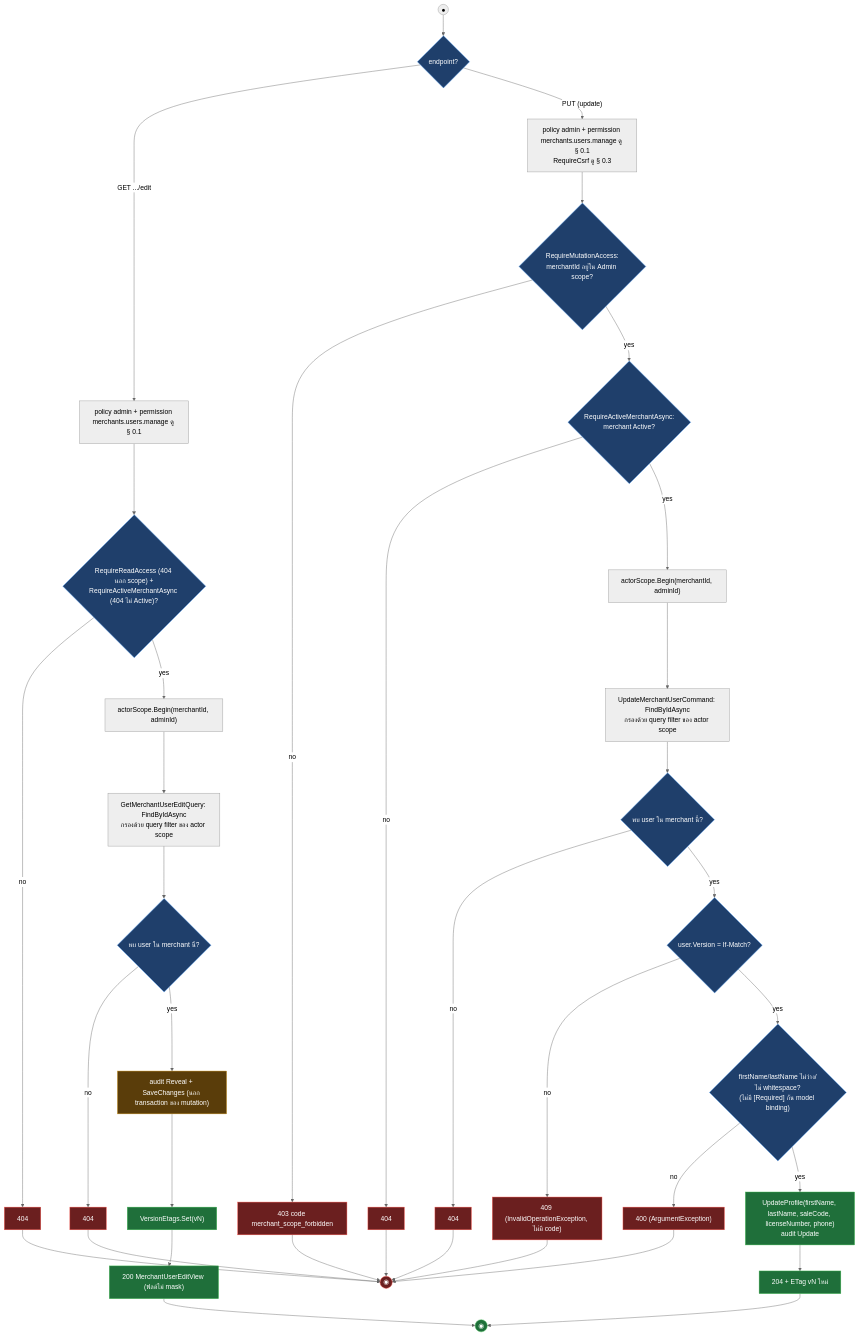
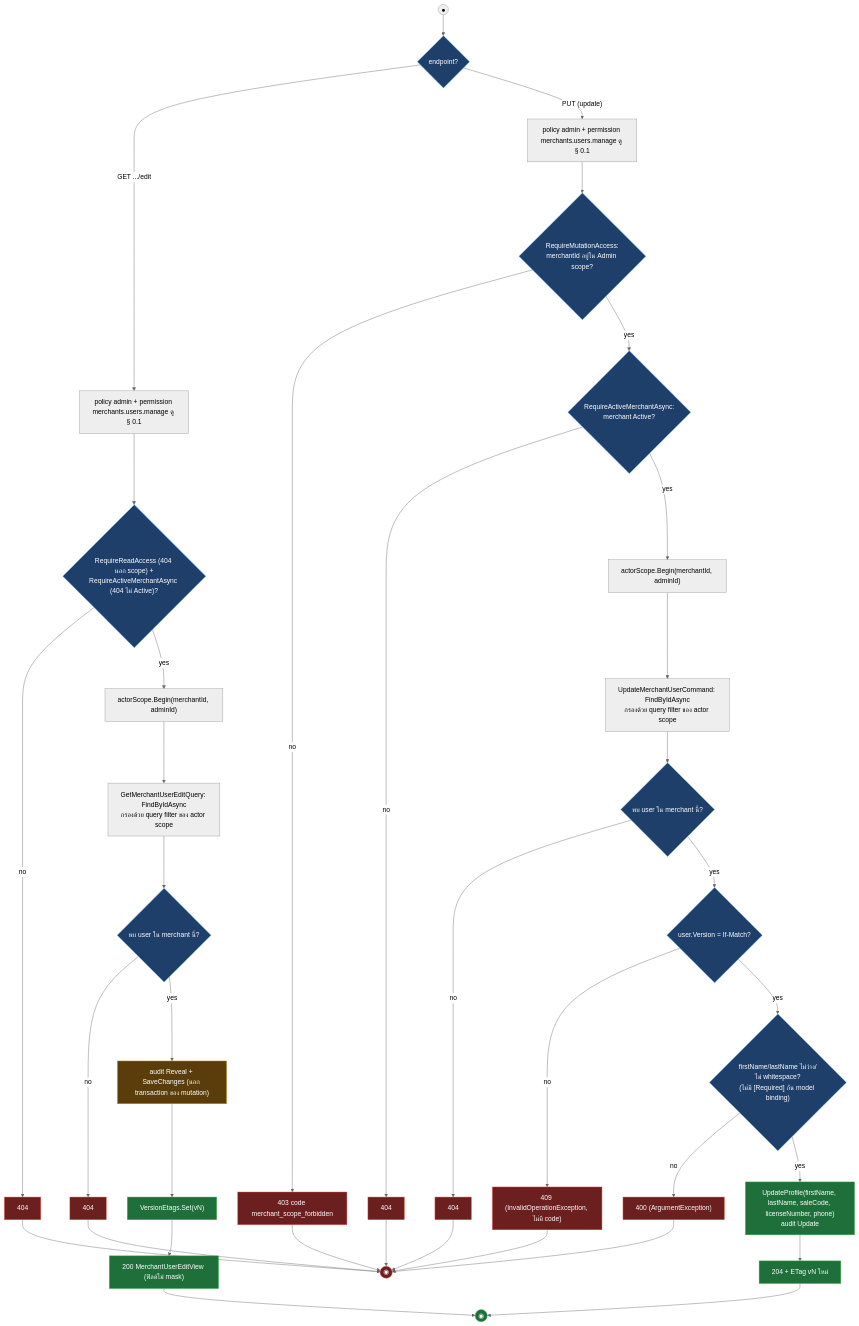
Before and after one commit to metrodiesign/pol-core: the fifth of 10 diagrams in outputs/diagrams/2026-09-14_api-endpoints_v1/10-admin-merchant-console-originators.activities.md, drawn with Mermaid (neutral theme). The commit also changed other lines of this file and 42 other files, not shown here.

First line of the commit message:
docs: align reference docs and the API diagram set with the Bearer-only admin plane

````diff
--- a/outputs/diagrams/2026-09-14_api-endpoints_v1/10-admin-merchant-console-originators.activities.md
+++ b/outputs/diagrams/2026-09-14_api-endpoints_v1/10-admin-merchant-console-originators.activities.md
@@ -275,50 +275,50 @@
 ```mermaid
 flowchart TD
     START((●)) --> KIND{"endpoint?"}
 
     KIND -->|"GET .../edit"| AUTHZ1["policy admin + permission merchants.users.manage ดู § 0.1"]
     AUTHZ1 --> A1{"RequireReadAccess (404 นอก scope) +<br/>RequireActiveMerchantAsync (404 ไม่ Active)?"}
     A1 -->|no| R404A["404"]
     A1 -->|yes| BIND1["actorScope.Begin(merchantId, adminId)"]
     BIND1 --> Q["GetMerchantUserEditQuery: FindByIdAsync<br/>กรองด้วย query filter ของ actor scope"]
     Q --> FOUND1{"พบ user ใน merchant นี้?"}
     FOUND1 -->|no| R404B["404"]
     FOUND1 -->|yes| REVEAL["audit Reveal + SaveChanges (นอก transaction ของ mutation)"]
     REVEAL --> ETAG["VersionEtags.Set(vN)"]
     ETAG --> R200["200 MerchantUserEditView (ฟิลด์ไม่ mask)"]
 
-    KIND -->|"PUT (update)"| AUTHZ2["policy admin + permission merchants.users.manage ดู § 0.1<br/>RequireCsrf ดู § 0.3"]
+    KIND -->|"PUT (update)"| AUTHZ2["policy admin + permission merchants.users.manage ดู § 0.1"]
     AUTHZ2 --> M2{"RequireMutationAccess:<br/>merchantId อยู่ใน Admin scope?"}
     M2 -->|no| R403["403 code merchant_scope_forbidden"]
     M2 -->|yes| ACT2{"RequireActiveMerchantAsync:<br/>merchant Active?"}
     ACT2 -->|no| R404C["404"]
     ACT2 -->|yes| BIND2["actorScope.Begin(merchantId, adminId)"]
     BIND2 --> LOAD["UpdateMerchantUserCommand: FindByIdAsync<br/>กรองด้วย query filter ของ actor scope"]
     LOAD --> FOUND2{"พบ user ใน merchant นี้?"}
     FOUND2 -->|no| R404D["404"]
     FOUND2 -->|yes| VER{"user.Version = If-Match?"}
     VER -->|no| R409["409 (InvalidOperationException, ไม่มี code)"]
     VER -->|yes| VALID{"firstName/lastName ไม่ว่าง/ไม่ whitespace?<br/>(ไม่มี [Required] กัน model binding)"}
     VALID -->|no| R400["400 (ArgumentException)"]
     VALID -->|yes| MUT["UpdateProfile(firstName, lastName, saleCode, licenseNumber, phone)<br/>audit Update"]
     MUT --> R204["204 + ETag vN ใหม่"]
 
     R200 --> END_S((◉))
     R204 --> END_S
     R404A --> END_F((◉))
     R404B --> END_F
     R403 --> END_F
     R404C --> END_F
     R404D --> END_F
     R409 --> END_F
     R400 --> END_F
 
     classDef ok fill:#1f6f3a,stroke:#3fb950,color:#fff
     classDef fail fill:#6b1f1f,stroke:#f85149,color:#fff
     classDef gate fill:#1f3f6b,stroke:#58a6ff,color:#fff
     classDef warn fill:#5a3d0a,stroke:#d29922,color:#fff
     class ETAG,MUT,R200,R204,END_S ok
     class R404A,R404B,R403,R404C,R404D,R409,R400,END_F fail
     class KIND,A1,FOUND1,M2,ACT2,FOUND2,VER,VALID gate
     class REVEAL warn
 ```
````
